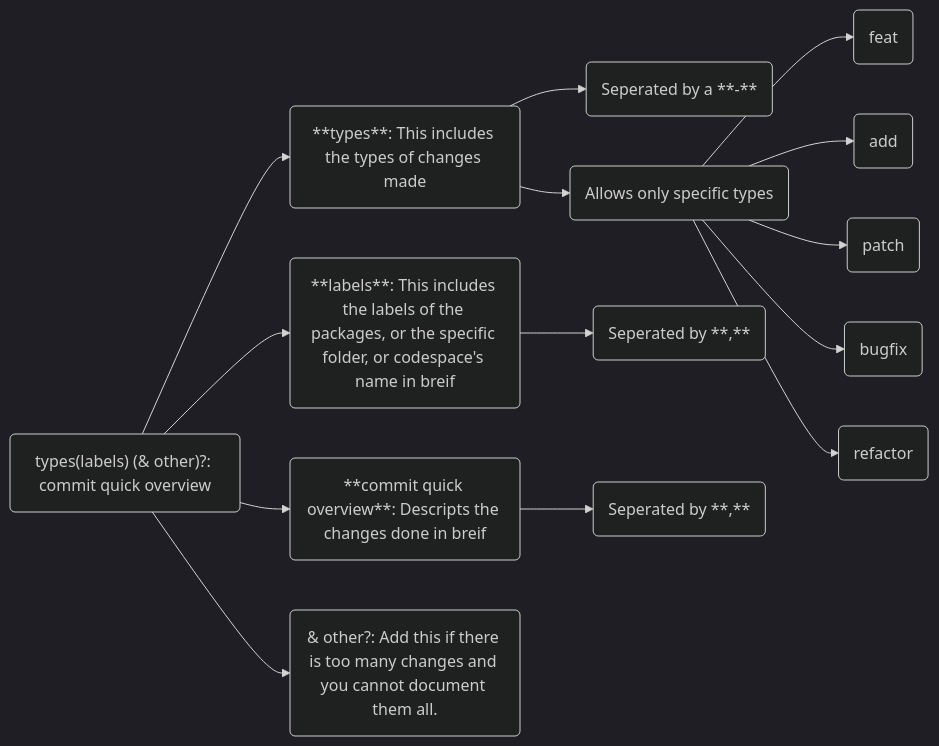
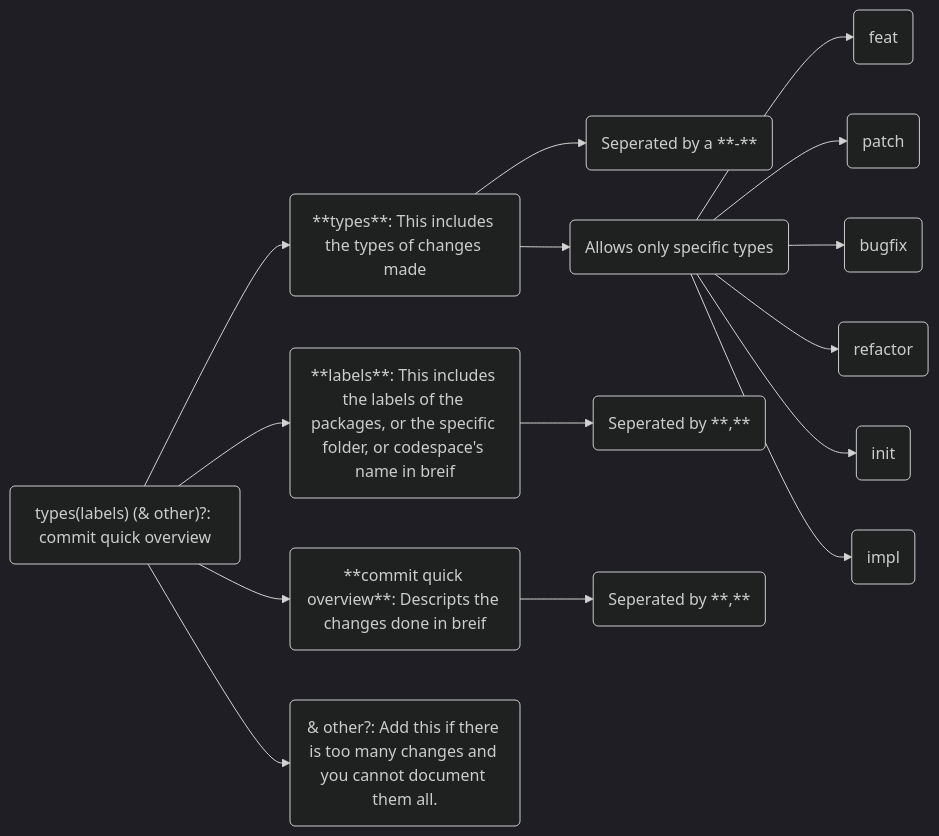
The diagram in CONTRIBUTING.md (Kryft-Studios/andromeda-gpu), drawn with Mermaid (dark theme) before and after one commit. The commit also changed 25 other files, not shown here.

````diff
--- a/CONTRIBUTING.md
+++ b/CONTRIBUTING.md
@@ -117,17 +117,18 @@
 ```mermaid
 flowchart LR
 A("types(labels) (& other)?: commit quick overview")
   A-->B("**types**: This includes the types of changes made")
     B-->E("Seperated by a **-**")
     B-->F("Allows only specific types")
       F-->G("feat")
-      F-->H("add")
       F-->I("patch")
       F-->J("bugfix")
       F-->K("refactor")
+      F-->O("init")
+      F-->P("impl")
   A-->C("**labels**: This includes the labels of the packages, or the specific folder, or codespace's name in breif")
     C-->L("Seperated by **,**")
   A-->D("**commit quick overview**: Descripts the changes done in breif")
     D-->M("Seperated by **,**")
   A-->N("& other?: Add this if there is too many changes and you cannot document them all.")
 ```
````
